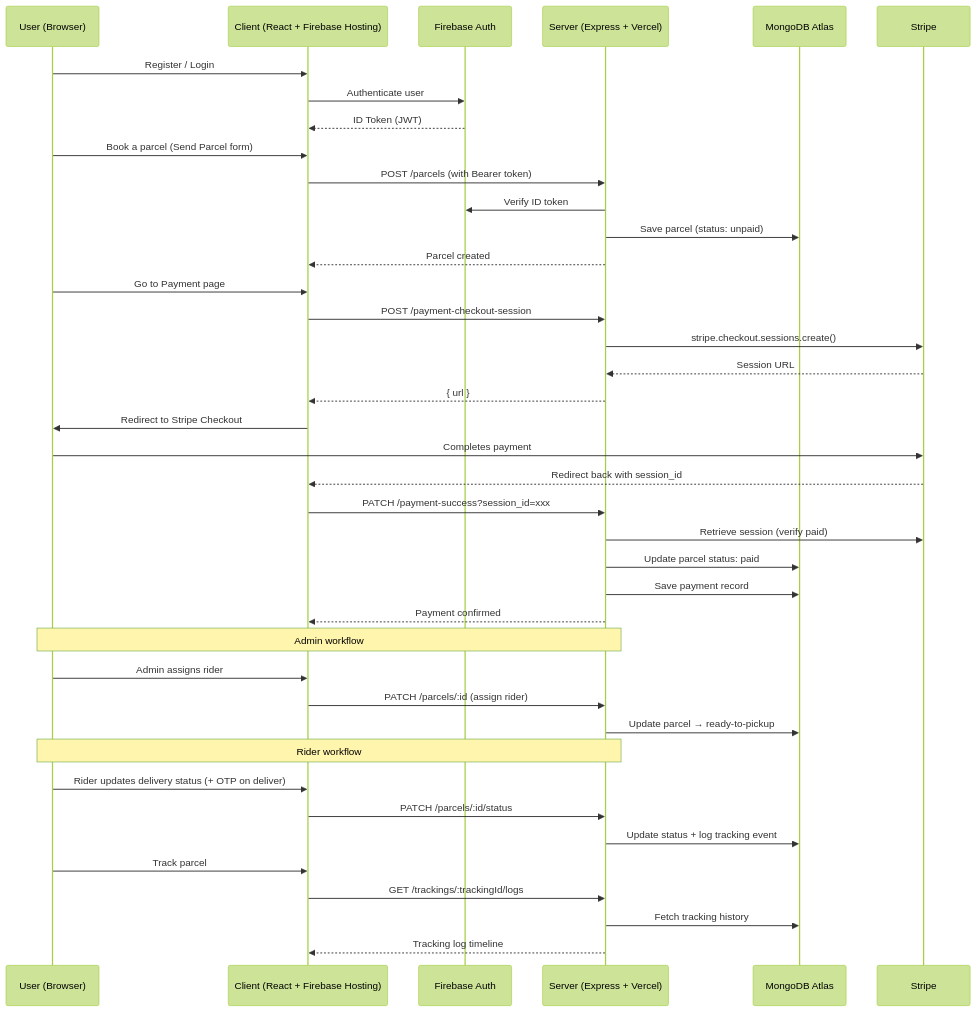
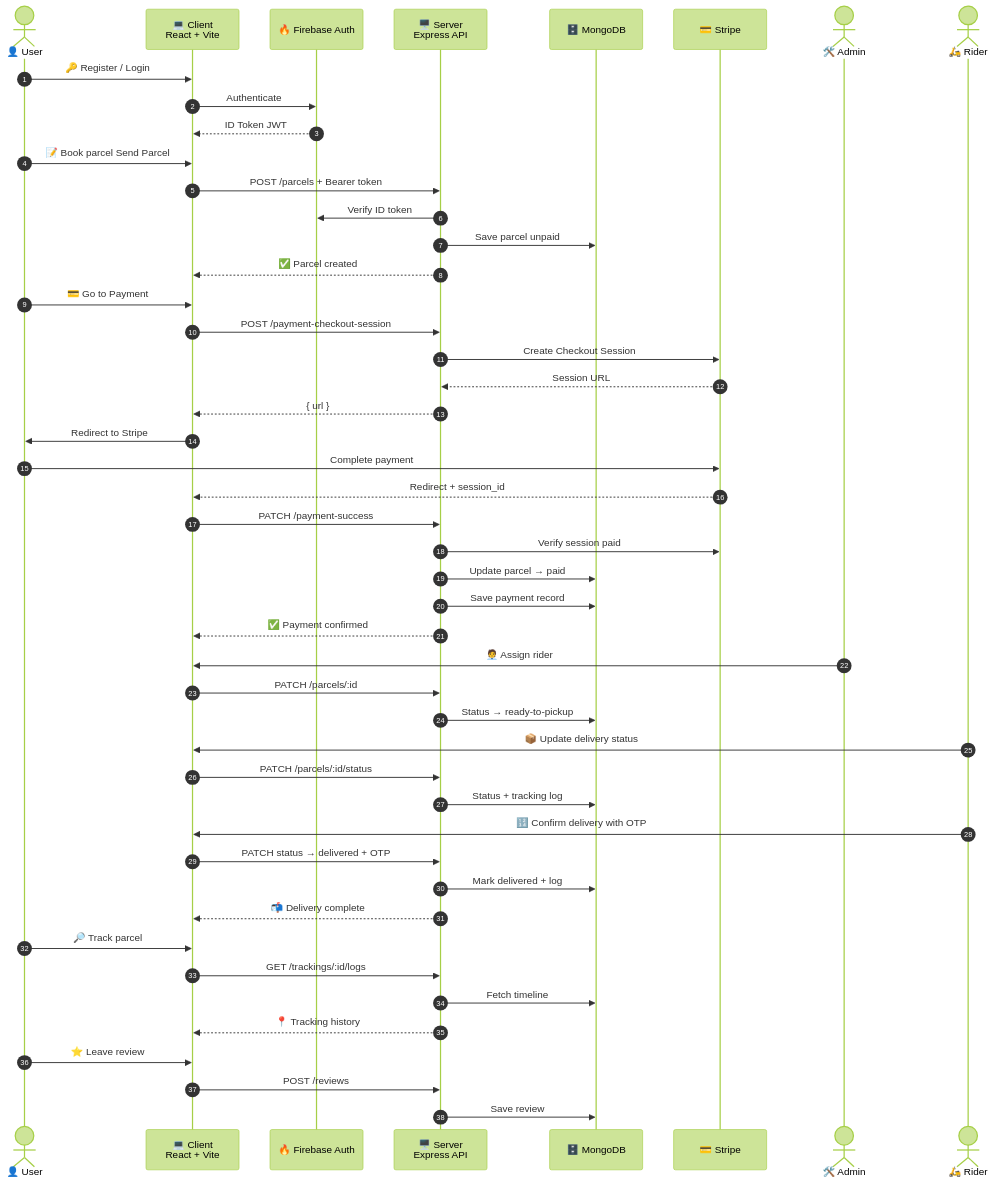
Before and after one commit to kaziashik/zap-shift: the third of 3 diagrams in README.md, drawn with Mermaid (forest theme). The commit also changed other lines of this file and 55 other files, not shown here.

First line of the commit message:
feat: implement parcel, payment, review, rider, tracking, and user modules

````diff
--- a/README.md
+++ b/README.md
@@ -78,49 +120,59 @@
 ```mermaid
 sequenceDiagram
-    participant U as User (Browser)
-    participant C as Client (React + Firebase Hosting)
-    participant FB as Firebase Auth
-    participant S as Server (Express + Vercel)
-    participant DB as MongoDB Atlas
-    participant ST as Stripe
+    autonumber
+    actor U as 👤 User
+    participant C as 💻 Client<br/>React + Vite
+    participant FB as 🔥 Firebase Auth
+    participant S as 🖥️ Server<br/>Express API
+    participant DB as 🗄️ MongoDB
+    participant ST as 💳 Stripe
+    actor A as 🛠️ Admin
+    actor R as 🛵 Rider
 
-    U->>C: Register / Login
-    C->>FB: Authenticate user
-    FB-->>C: ID Token (JWT)
+    U->>C: 🔑 Register / Login
+    C->>FB: Authenticate
+    FB-->>C: ID Token JWT
 
-    U->>C: Book a parcel (Send Parcel form)
-    C->>S: POST /parcels (with Bearer token)
+    U->>C: 📝 Book parcel Send Parcel
+    C->>S: POST /parcels + Bearer token
     S->>FB: Verify ID token
-    S->>DB: Save parcel (status: unpaid)
-    S-->>C: Parcel created
+    S->>DB: Save parcel unpaid
+    S-->>C: ✅ Parcel created
 
-    U->>C: Go to Payment page
+    U->>C: 💳 Go to Payment
     C->>S: POST /payment-checkout-session
-    S->>ST: stripe.checkout.sessions.create()
+    S->>ST: Create Checkout Session
     ST-->>S: Session URL
     S-->>C: { url }
-    C->>U: Redirect to Stripe Checkout
-    U->>ST: Completes payment
-    ST-->>C: Redirect back with session_id
+    C->>U: Redirect to Stripe
+    U->>ST: Complete payment
+    ST-->>C: Redirect + session_id
 
-    C->>S: PATCH /payment-success?session_id=xxx
-    S->>ST: Retrieve session (verify paid)
-    S->>DB: Update parcel status: paid
+    C->>S: PATCH /payment-success
+    S->>ST: Verify session paid
+    S->>DB: Update parcel → paid
     S->>DB: Save payment record
-    S-->>C: Payment confirmed
+    S-->>C: ✅ Payment confirmed
 
-    Note over U,S: Admin workflow
-    U->>C: Admin assigns rider
-    C->>S: PATCH /parcels/:id (assign rider)
-    S->>DB: Update parcel → ready-to-pickup
+    A->>C: 🧑‍💼 Assign rider
+    C->>S: PATCH /parcels/:id
+    S->>DB: Status → ready-to-pickup
 
-    Note over U,S: Rider workflow
-    U->>C: Rider updates delivery status (+ OTP on deliver)
+    R->>C: 📦 Update delivery status
     C->>S: PATCH /parcels/:id/status
-    S->>DB: Update status + log tracking event
+    S->>DB: Status + tracking log
 
-    U->>C: Track parcel
-    C->>S: GET /trackings/:trackingId/logs
-    S->>DB: Fetch tracking history
-    S-->>C: Tracking log timeline
+    R->>C: 🔢 Confirm delivery with OTP
+    C->>S: PATCH status → delivered + OTP
+    S->>DB: Mark delivered + log
+    S-->>C: 📬 Delivery complete
+
+    U->>C: 🔎 Track parcel
+    C->>S: GET /trackings/:id/logs
+    S->>DB: Fetch timeline
+    S-->>C: 📍 Tracking history
+
+    U->>C: ⭐ Leave review
+    C->>S: POST /reviews
+    S->>DB: Save review
 ```
````
